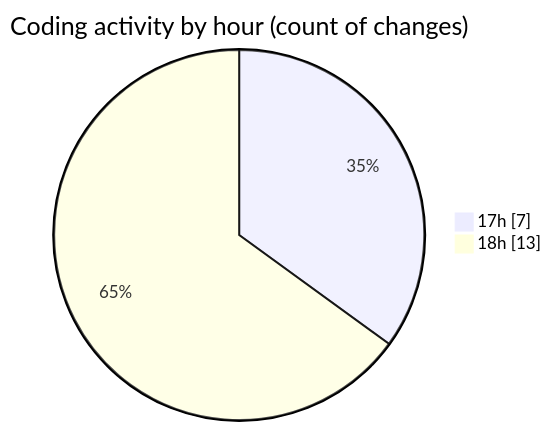
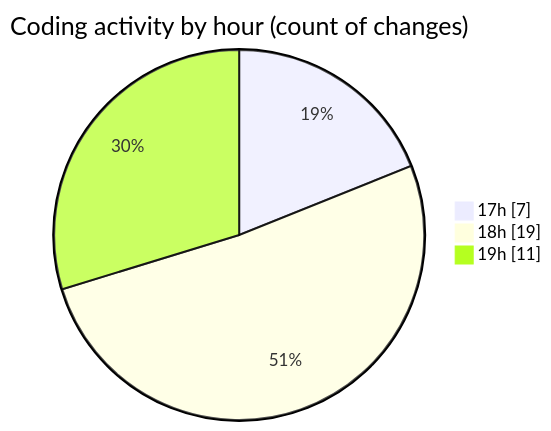
One commit to Ritupan-Deka/code-tracking changed the second of 2 diagrams in 2025-05-22/expensetracker/README.md. Above: the diagram before and after it, drawn with Mermaid. The commit also changed other lines of this file and 1 other file, not shown here.

````diff
--- a/2025-05-22/expensetracker/README.md
+++ b/2025-05-22/expensetracker/README.md
@@ -38,6 +38,7 @@
 ```mermaid
 pie showData
 title Coding activity by hour (count of changes)
 "17h" : 7
-"18h" : 13
+"18h" : 19
+"19h" : 11
 ```
````
